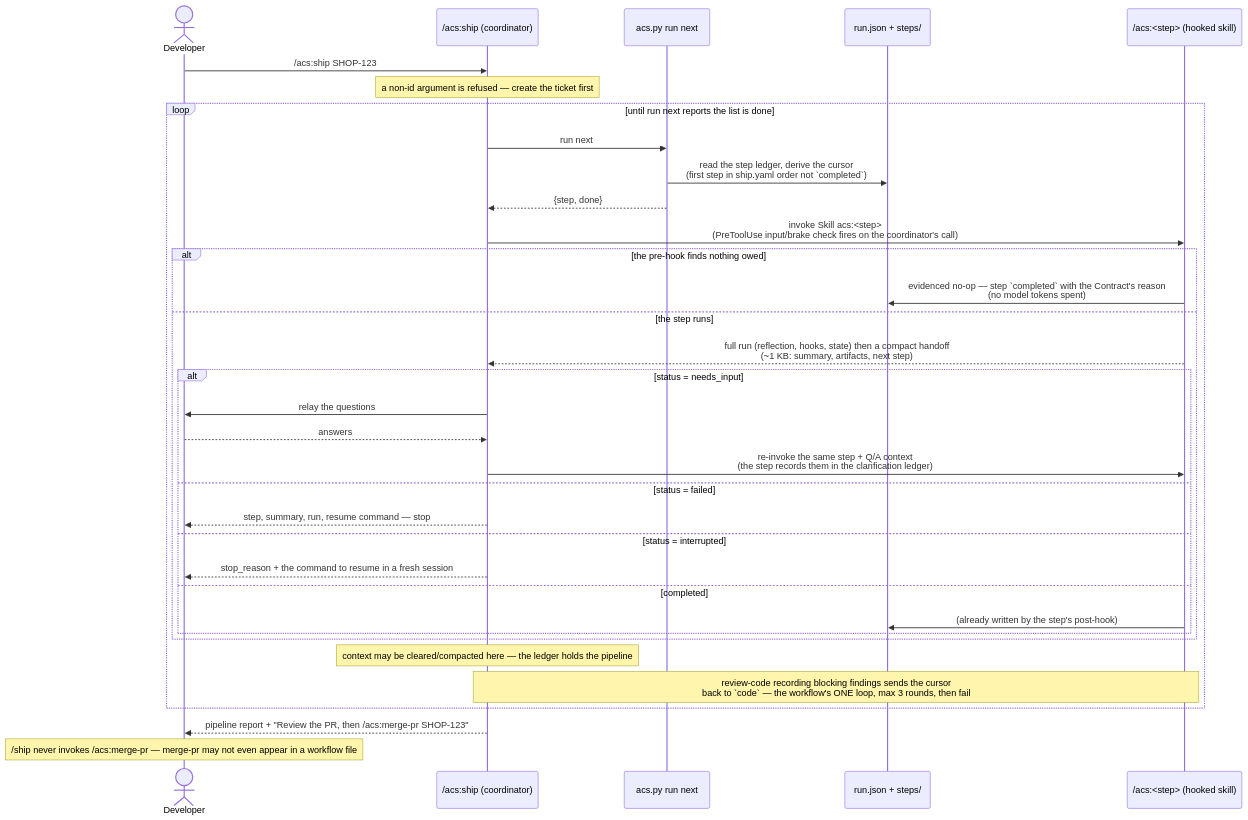
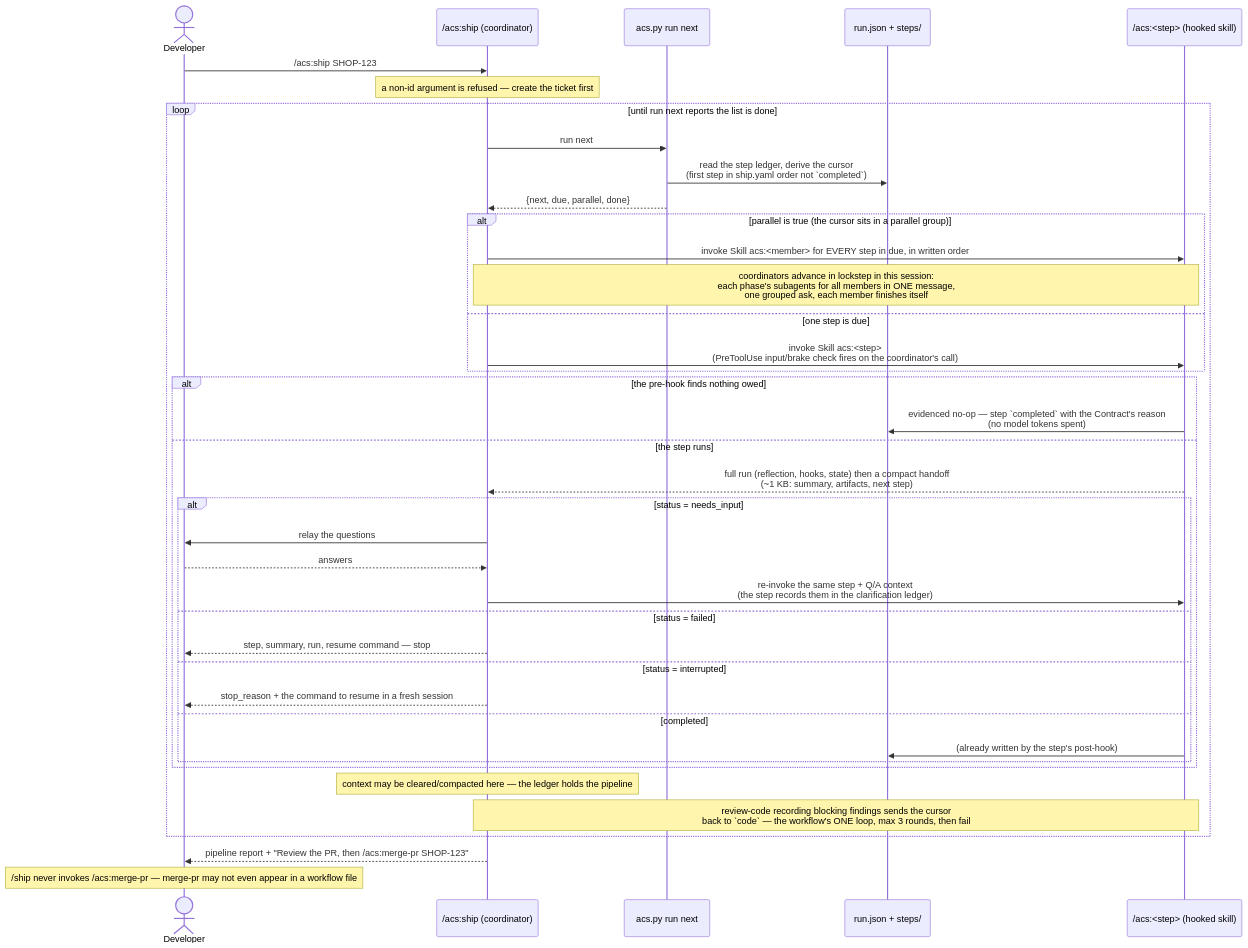
One commit to globalmindsolution/gms-marketplace changed the first of 2 diagrams in docs/architecture/lld/flows/ship-pipeline.md. Above: the diagram before and after it, drawn with Mermaid. The commit also changed other lines of this file and 104 other files, not shown here.

````diff
--- a/docs/architecture/lld/flows/ship-pipeline.md
+++ b/docs/architecture/lld/flows/ship-pipeline.md
@@ -25,37 +27,42 @@
 ```mermaid
 sequenceDiagram
     actor Dev as Developer
     participant SH as /acs:ship (coordinator)
     participant WF as acs.py run next
     participant WS as run.json + steps/
     participant SK as /acs:<step> (hooked skill)
 
     Dev->>SH: /acs:ship SHOP-123
     note over SH: a non-id argument is refused — create the ticket first
     loop until run next reports the list is done
         SH->>WF: run next
         WF->>WS: read the step ledger, derive the cursor<br/>(first step in ship.yaml order not `completed`)
-        WF-->>SH: {step, done}
-        SH->>SK: invoke Skill acs:<step><br/>(PreToolUse input/brake check fires on the coordinator's call)
+        WF-->>SH: {next, due, parallel, done}
+        alt parallel is true (the cursor sits in a parallel group)
+            SH->>SK: invoke Skill acs:<member> for EVERY step in due, in written order
+            note over SH,SK: coordinators advance in lockstep in this session:<br/>each phase's subagents for all members in ONE message,<br/>one grouped ask, each member finishes itself
+        else one step is due
+            SH->>SK: invoke Skill acs:<step><br/>(PreToolUse input/brake check fires on the coordinator's call)
+        end
         alt the pre-hook finds nothing owed
             SK->>WS: evidenced no-op — step `completed` with the Contract's reason<br/>(no model tokens spent)
         else the step runs
             SK-->>SH: full run (reflection, hooks, state) then a compact handoff<br/>(~1 KB: summary, artifacts, next step)
             alt status = needs_input
                 SH->>Dev: relay the questions
                 Dev-->>SH: answers
                 SH->>SK: re-invoke the same step + Q/A context<br/>(the step records them in the clarification ledger)
             else status = failed
                 SH-->>Dev: step, summary, run, resume command — stop
             else status = interrupted
                 SH-->>Dev: stop_reason + the command to resume in a fresh session
             else completed
                 SK->>WS: (already written by the step's post-hook)
             end
         end
         note over SH: context may be cleared/compacted here — the ledger holds the pipeline
         note over SH,SK: review-code recording blocking findings sends the cursor<br/>back to `code` — the workflow's ONE loop, max 3 rounds, then fail
     end
     SH-->>Dev: pipeline report + "Review the PR, then /acs:merge-pr SHOP-123"
     note over Dev: /ship never invokes /acs:merge-pr — merge-pr may not even appear in a workflow file
 ```
````
